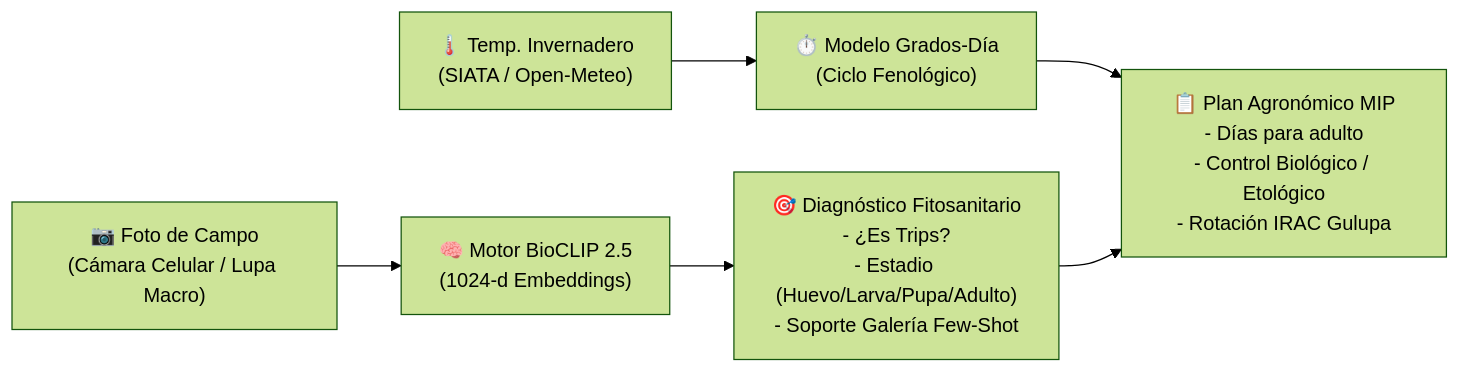
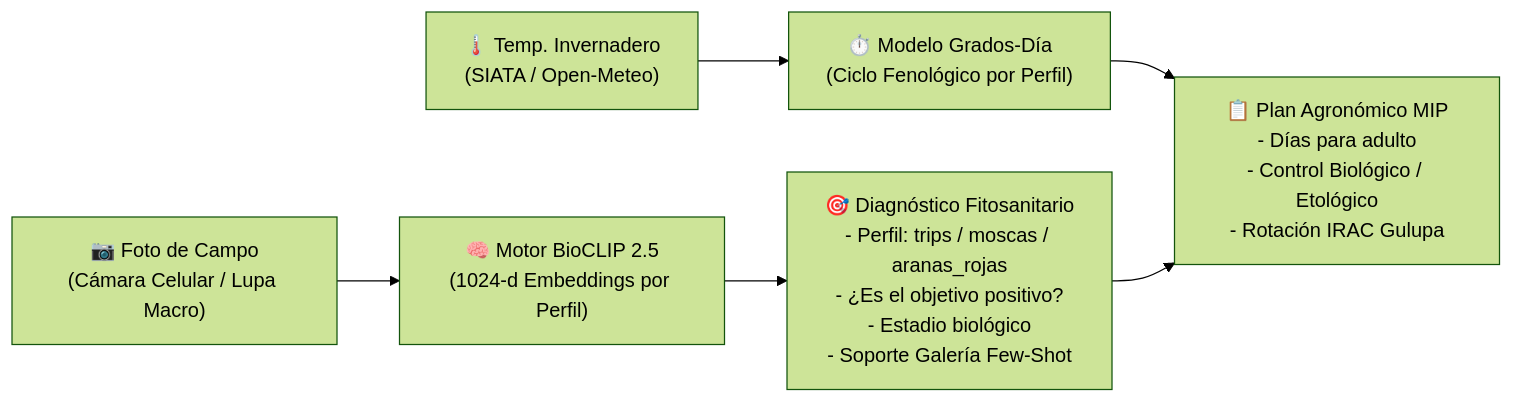
One commit to VoctorMCL/macollo-trips-api changed the diagram in docs/README.md. Above: the diagram before and after it, drawn with Mermaid (forest theme). The commit also changed other lines of this file and 61 other files, not shown here.

````diff
--- a/docs/README.md
+++ b/docs/README.md
@@ -31,8 +37,8 @@
 ```mermaid
 flowchart LR
-    A["📷 Foto de Campo<br/>(Cámara Celular / Lupa Macro)"] --> B["🧠 Motor BioCLIP 2.5<br/>(1024-d Embeddings)"]
-    T["🌡️ Temp. Invernadero<br/>(SIATA / Open-Meteo)"] --> C["⏱️ Modelo Grados-Día<br/>(Ciclo Fenológico)"]
-    B --> D["🎯 Diagnóstico Fitosanitario<br/>- ¿Es Trips?<br/>- Estadio (Huevo/Larva/Pupa/Adulto)<br/>- Soporte Galería Few-Shot"]
+    A["📷 Foto de Campo<br/>(Cámara Celular / Lupa Macro)"] --> B["🧠 Motor BioCLIP 2.5<br/>(1024-d Embeddings por Perfil)"]
+    T["🌡️ Temp. Invernadero<br/>(SIATA / Open-Meteo)"] --> C["⏱️ Modelo Grados-Día<br/>(Ciclo Fenológico por Perfil)"]
+    B --> D["🎯 Diagnóstico Fitosanitario<br/>- Perfil: trips / moscas / aranas_rojas<br/>- ¿Es el objetivo positivo?<br/>- Estadio biológico<br/>- Soporte Galería Few-Shot"]
     C --> E["📋 Plan Agronómico MIP<br/>- Días para adulto<br/>- Control Biológico / Etológico<br/>- Rotación IRAC Gulupa"]
     D --> E
 ```
````
